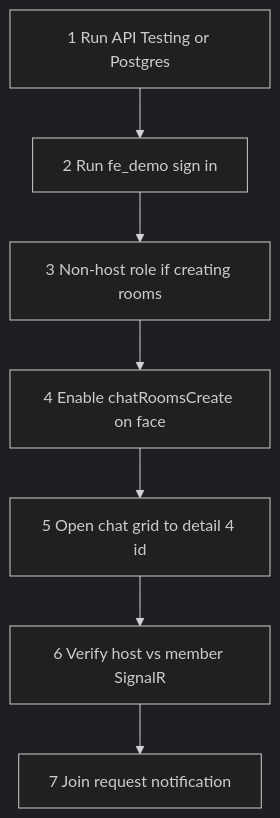
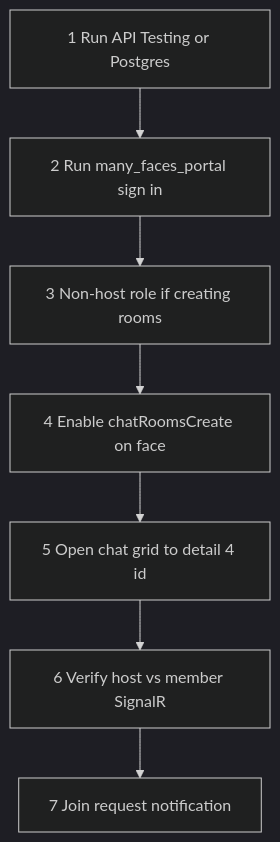
The sixth of 6 diagrams in docs/guides/chat-rooms-testing-and-operations.md (01laky/mfai_demo), drawn with Mermaid (dark theme) before and after one commit. The commit also changed other lines of this file and 56 other files, not shown here.

First line of the commit message:
chore: rename submodule directories to many_faces_* paths

````diff
--- a/docs/guides/chat-rooms-testing-and-operations.md
+++ b/docs/guides/chat-rooms-testing-and-operations.md
@@ -245,11 +245,11 @@
 ```mermaid
 flowchart TB
   N1[1 Run API Testing or Postgres]
-  N2[2 Run fe_demo sign in]
+  N2[2 Run many_faces_portal sign in]
   N3[3 Non-host role if creating rooms]
   N4[4 Enable chatRoomsCreate on face]
   N5[5 Open chat grid to detail 4 id]
   N6[6 Verify host vs member SignalR]
   N7[7 Join request notification]
   N1 --> N2 --> N3 --> N4 --> N5 --> N6 --> N7
 ```
````
